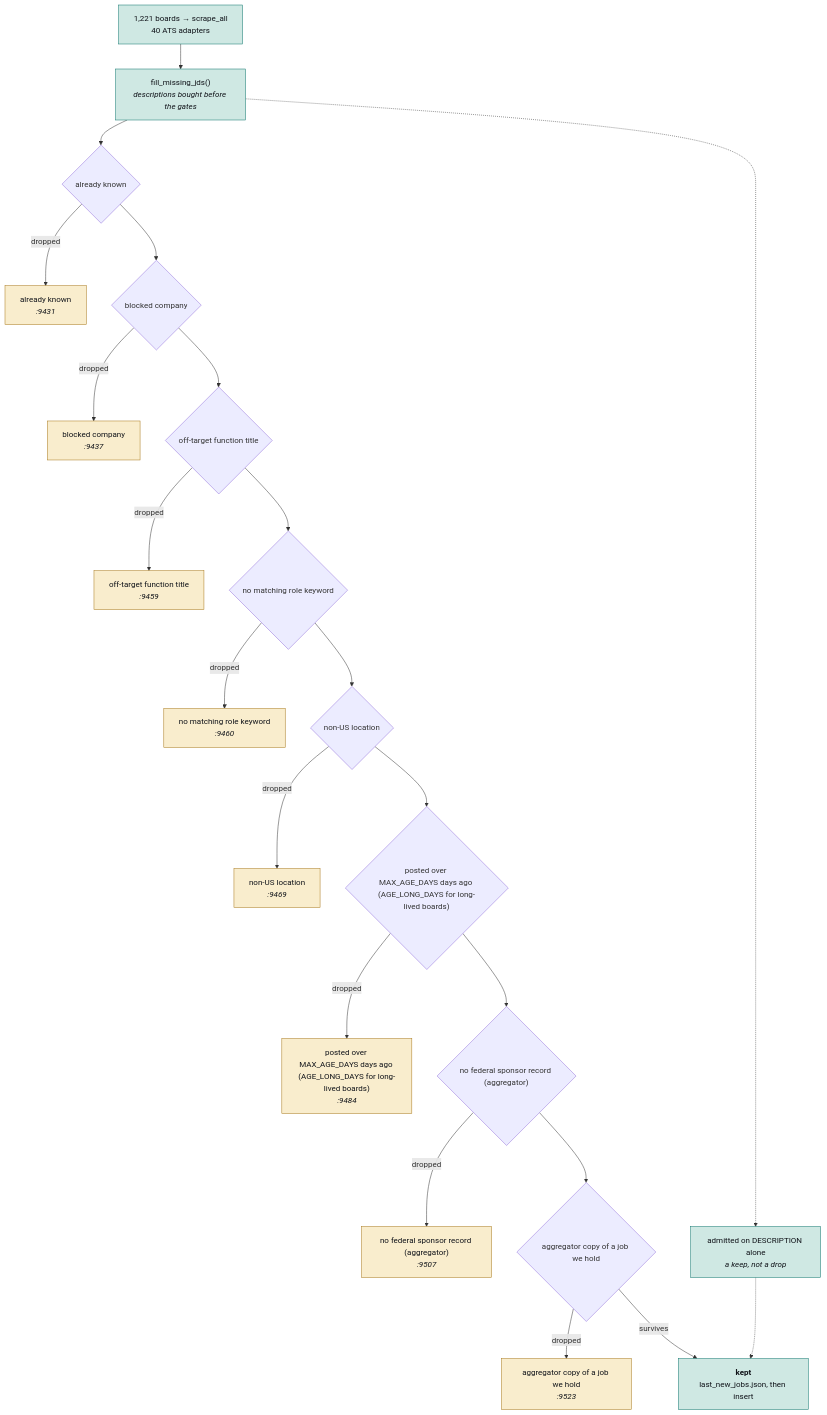
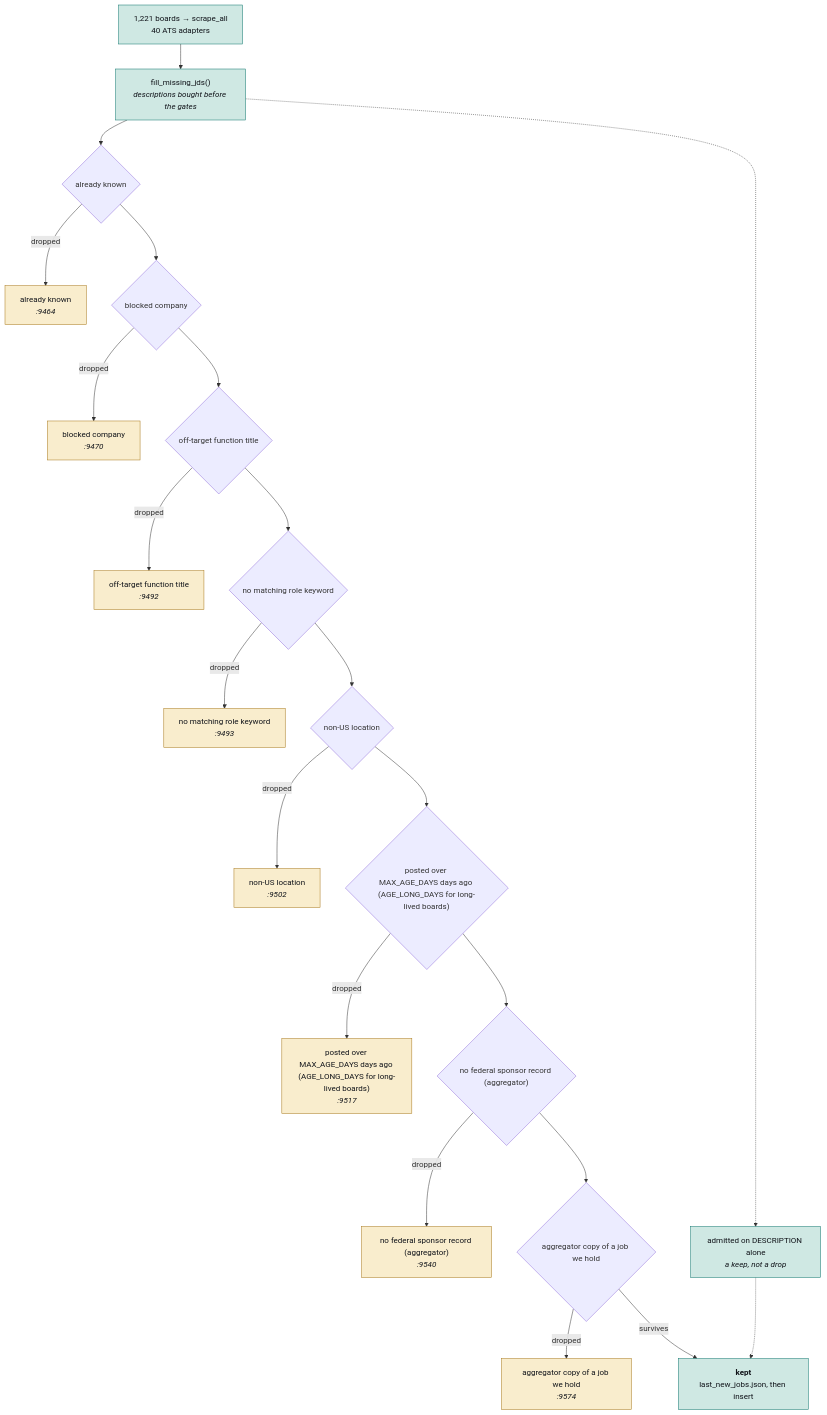
Before and after one commit to hadakunal909-debug/job-search-tool: the second of 4 diagrams in JobMatch Scraper/docs/ARCHITECTURE.md, drawn with Mermaid. The commit also changed other lines of this file and 7 other files, not shown here.

````diff
--- a/JobMatch Scraper/docs/ARCHITECTURE.md
+++ b/JobMatch Scraper/docs/ARCHITECTURE.md
@@ -106,54 +106,54 @@
 ```mermaid
 flowchart TB
   SRC["1,221 boards → scrape_all<br/>40 ATS adapters"]
   JD["fill_missing_jds()<br/><i>descriptions bought before the gates</i>"]
   SRC --> JD
   G0{"already known"}
-  D0["already known<br/><i>:9431</i>"]
+  D0["already known<br/><i>:9464</i>"]
   JD --> G0
   G0 -->|dropped| D0
   class D0 trap
   G1{"blocked company"}
-  D1["blocked company<br/><i>:9437</i>"]
+  D1["blocked company<br/><i>:9470</i>"]
   G0 --> G1
   G1 -->|dropped| D1
   class D1 trap
   G2{"off-target function title"}
-  D2["off-target function title<br/><i>:9459</i>"]
+  D2["off-target function title<br/><i>:9492</i>"]
   G1 --> G2
   G2 -->|dropped| D2
   class D2 trap
   G3{"no matching role keyword"}
-  D3["no matching role keyword<br/><i>:9460</i>"]
+  D3["no matching role keyword<br/><i>:9493</i>"]
   G2 --> G3
   G3 -->|dropped| D3
   class D3 trap
   G4{"non-US location"}
-  D4["non-US location<br/><i>:9469</i>"]
+  D4["non-US location<br/><i>:9502</i>"]
   G3 --> G4
   G4 -->|dropped| D4
   class D4 trap
   G5{"posted over MAX_AGE_DAYS days ago (AGE_LONG_DAYS for long-lived boards)"}
-  D5["posted over MAX_AGE_DAYS days ago (AGE_LONG_DAYS for long-lived boards)<br/><i>:9484</i>"]
+  D5["posted over MAX_AGE_DAYS days ago (AGE_LONG_DAYS for long-lived boards)<br/><i>:9517</i>"]
   G4 --> G5
   G5 -->|dropped| D5
   class D5 trap
   G6{"no federal sponsor record (aggregator)"}
-  D6["no federal sponsor record (aggregator)<br/><i>:9507</i>"]
+  D6["no federal sponsor record (aggregator)<br/><i>:9540</i>"]
   G5 --> G6
   G6 -->|dropped| D6
   class D6 trap
   G7{"aggregator copy of a job we hold"}
-  D7["aggregator copy of a job we hold<br/><i>:9523</i>"]
+  D7["aggregator copy of a job we hold<br/><i>:9574</i>"]
   G6 --> G7
   G7 -->|dropped| D7
   class D7 trap
   KEEP["<b>kept</b><br/>last_new_jobs.json, then insert"]
   G7 -->|survives| KEEP
   RESCUE["admitted on DESCRIPTION alone<br/><i>a keep, not a drop</i>"]
   JD -.-> RESCUE
   RESCUE -.-> KEEP
   classDef trap fill:#f9edcd,stroke:#a8781a,color:#101319
   classDef sched fill:#cfe8e3,stroke:#0f766e,color:#101319
   class SRC,JD,KEEP,RESCUE sched
 ```
````
